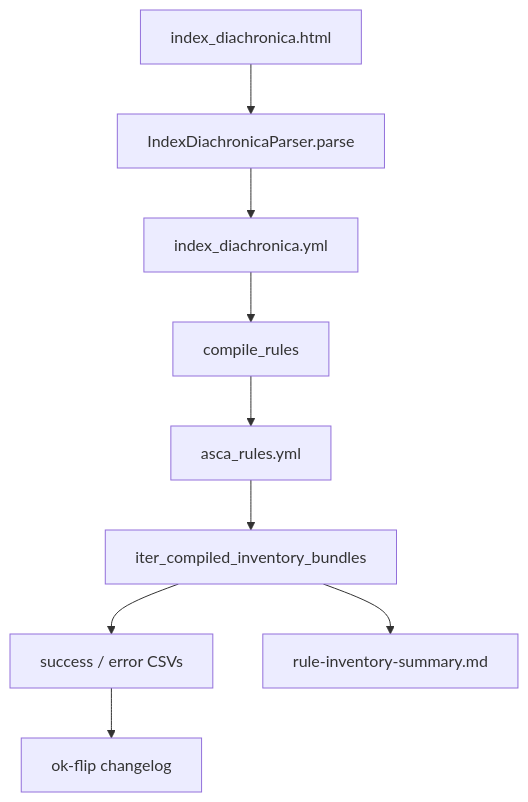
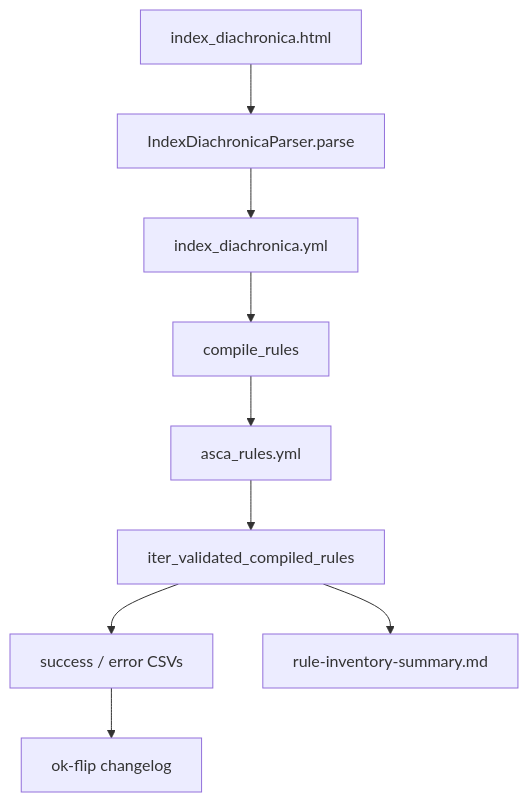
One commit to Pappa/conlanger changed the diagram in docs/system/validate.md. Above: the diagram before and after it, drawn with Mermaid. The commit also changed other lines of this file and 23 other files, not shown here.

````diff
--- a/docs/system/validate.md
+++ b/docs/system/validate.md
@@ -25,18 +25,18 @@
 ```mermaid
 flowchart TD
   HTML[index_diachronica.html]
   Parse[IndexDiachronicaParser.parse]
   YAML[index_diachronica.yml]
   Compile[compile_rules]
   ASCA_Y[asca_rules.yml]
-  Inv[iter_compiled_inventory_bundles]
+  Inv[iter_validated_compiled_rules]
   Split[success / error CSVs]
   Changelog[ok-flip changelog]
   Summary[rule-inventory-summary.md]
 
   HTML --> Parse --> YAML
   YAML --> Compile --> ASCA_Y --> Inv
   Inv --> Split
   Split --> Changelog
   Inv --> Summary
 ```
````
